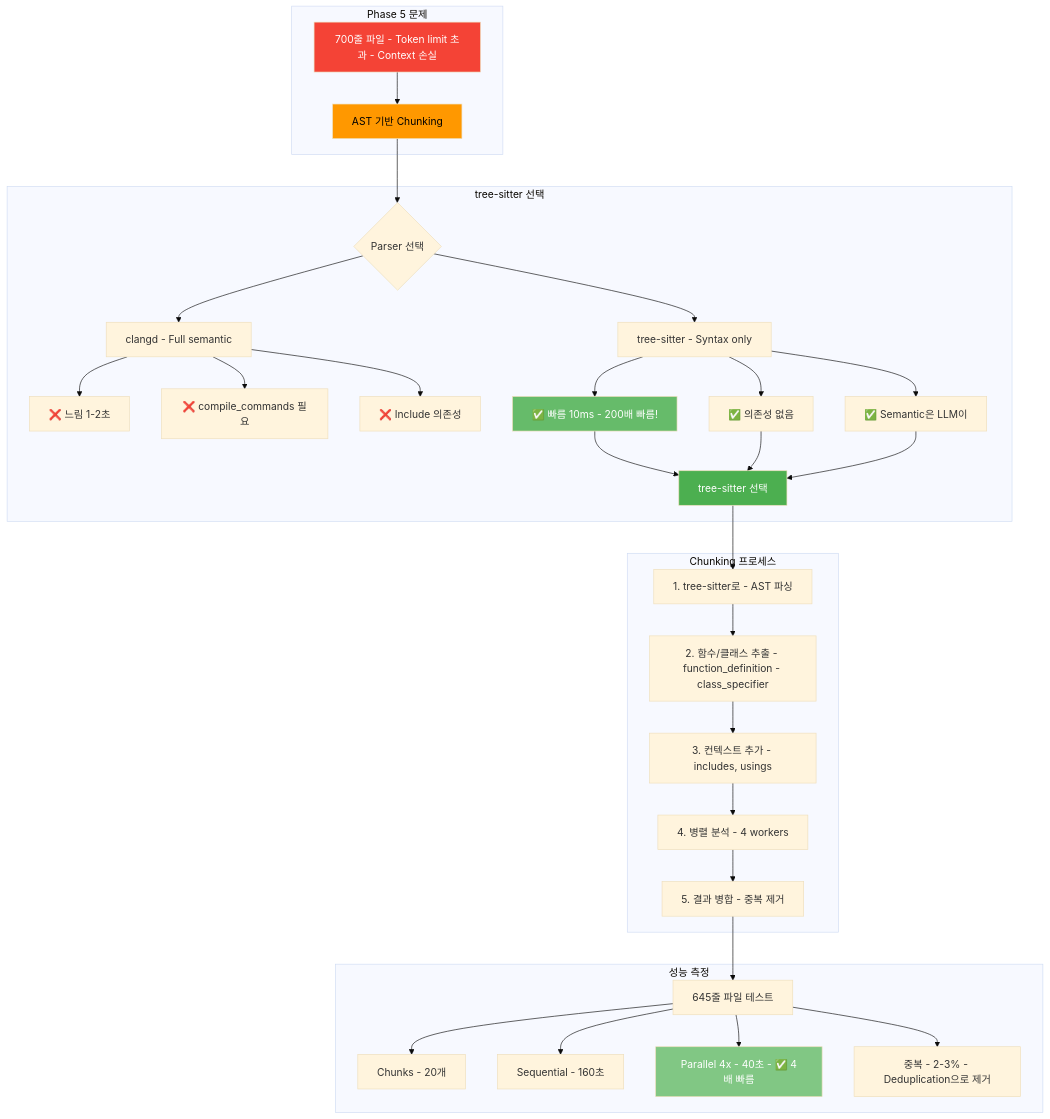
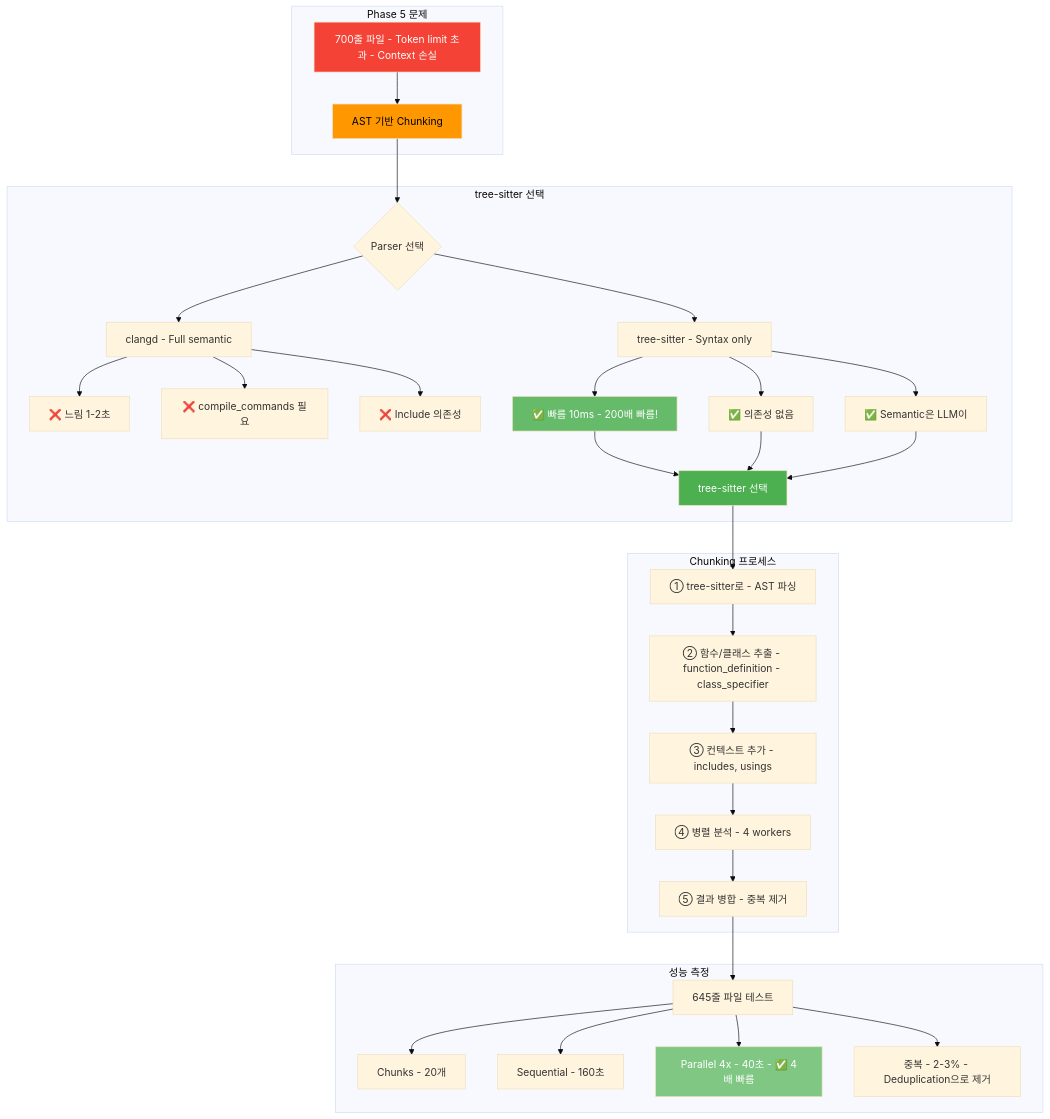
Before and after one commit to ApeachM/llm-code-reviewer: diagram 26 of 46 in PRESENTATION.md, drawn with Mermaid (base theme). The commit also changed other lines of this file, not shown here.

First line of the commit message:
docs: Fix Mermaid numbered list rendering errors

````diff
--- a/PRESENTATION.md
+++ b/PRESENTATION.md
@@ -1246,49 +1246,49 @@
 ```mermaid
 graph TB
     subgraph "Phase 5 문제"
         Problem[700줄 파일 - Token limit 초과 - Context 손실]
         Problem --> Solution[AST 기반 Chunking]
     end
 
     subgraph "tree-sitter 선택"
         Solution --> Compare{Parser 선택}
 
         Compare --> Option1[clangd - Full semantic]
         Compare --> Option2[tree-sitter - Syntax only]
 
         Option1 --> Clang1[❌ 느림 1-2초]
         Option1 --> Clang2[❌ compile_commands 필요]
         Option1 --> Clang3[❌ Include 의존성]
 
         Option2 --> TS1[✅ 빠름 10ms - 200배 빠름!]
         Option2 --> TS2[✅ 의존성 없음]
         Option2 --> TS3[✅ Semantic은 LLM이]
 
         TS1 --> Choice[tree-sitter 선택]
         TS2 --> Choice
         TS3 --> Choice
     end
 
     subgraph "Chunking 프로세스"
-        Choice --> Step1[1. tree-sitter로 - AST 파싱]
-        Step1 --> Step2[2. 함수/클래스 추출 - function_definition - class_specifier]
-        Step2 --> Step3[3. 컨텍스트 추가 - includes, usings]
-        Step3 --> Step4[4. 병렬 분석 - 4 workers]
-        Step4 --> Step5[5. 결과 병합 - 중복 제거]
+        Choice --> Step1["① tree-sitter로 - AST 파싱"]
+        Step1 --> Step2["② 함수/클래스 추출 - function_definition - class_specifier"]
+        Step2 --> Step3["③ 컨텍스트 추가 - includes, usings"]
+        Step3 --> Step4["④ 병렬 분석 - 4 workers"]
+        Step4 --> Step5["⑤ 결과 병합 - 중복 제거"]
     end
 
     subgraph "성능 측정"
         Step5 --> Perf[645줄 파일 테스트]
 
         Perf --> P1[Chunks - 20개]
         Perf --> P2[Sequential - 160초]
         Perf --> P3[Parallel 4x - 40초 - ✅ 4배 빠름]
         Perf --> P4[중복 - 2-3% - Deduplication으로 제거]
     end
 
     style Problem fill:#f44336,color:#fff
     style Solution fill:#ff9800,color:#000
     style Choice fill:#4caf50,color:#fff
     style TS1 fill:#66bb6a,color:#fff
     style P3 fill:#81c784,color:#fff
 ```
````
